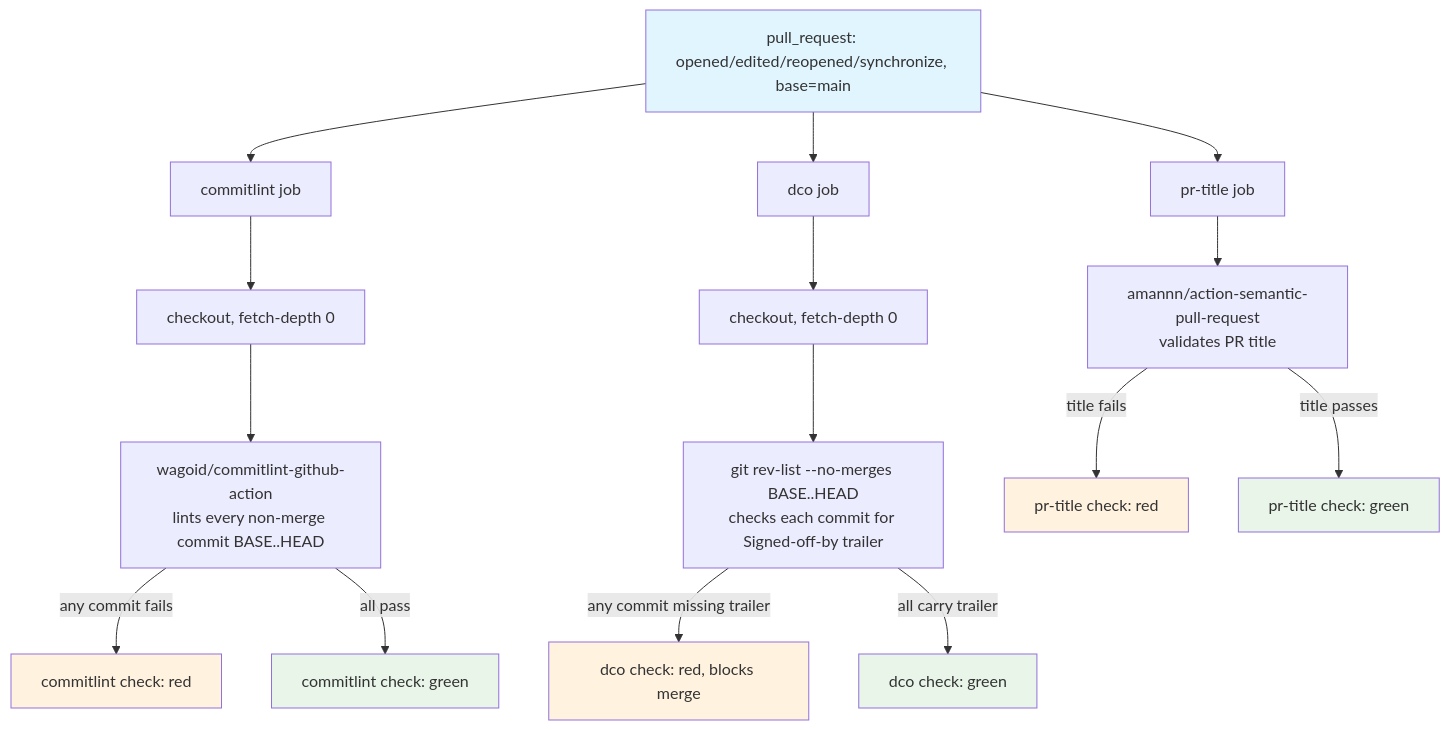
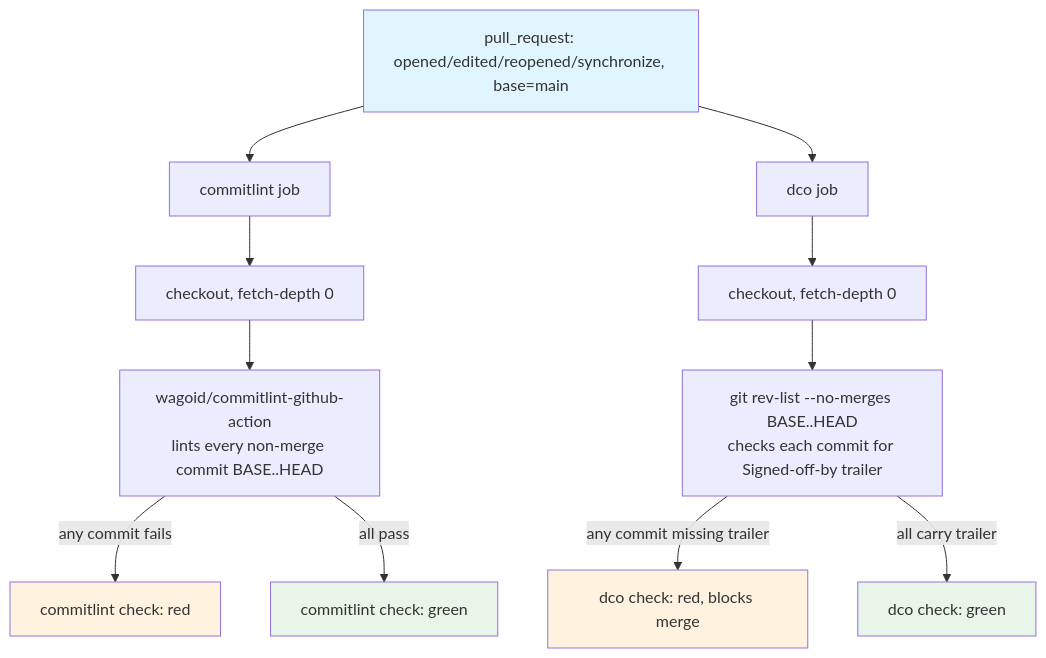
Before and after one commit to davidouagne/datahub-yaml-source: the diagram in spec/spec-process-cicd-commit-policy.md, drawn with Mermaid. The commit also changed other lines of this file and 11 other files, not shown here.

````diff
--- a/spec/spec-process-cicd-commit-policy.md
+++ b/spec/spec-process-cicd-commit-policy.md
@@ -57,25 +67,19 @@
 ```mermaid
 graph TD
     A[pull_request: opened/edited/reopened/synchronize, base=main] --> B[commitlint job]
-    A --> C[pr-title job]
     A --> K[dco job]
     B --> D[checkout, fetch-depth 0]
     D --> E[wagoid/commitlint-github-action<br/>lints every non-merge commit BASE..HEAD]
-    C --> F[amannn/action-semantic-pull-request<br/>validates PR title]
     K --> L[checkout, fetch-depth 0]
     L --> M[git rev-list --no-merges BASE..HEAD<br/>checks each commit for Signed-off-by trailer]
     E -->|any commit fails| G[commitlint check: red]
     E -->|all pass| H[commitlint check: green]
-    F -->|title fails| I[pr-title check: red]
-    F -->|title passes| J[pr-title check: green]
     M -->|any commit missing trailer| N[dco check: red, blocks merge]
     M -->|all carry trailer| O[dco check: green]
 
     style A fill:#e1f5fe
     style H fill:#e8f5e8
-    style J fill:#e8f5e8
     style O fill:#e8f5e8
     style G fill:#fff3e0
-    style I fill:#fff3e0
     style N fill:#fff3e0
 ```
````
